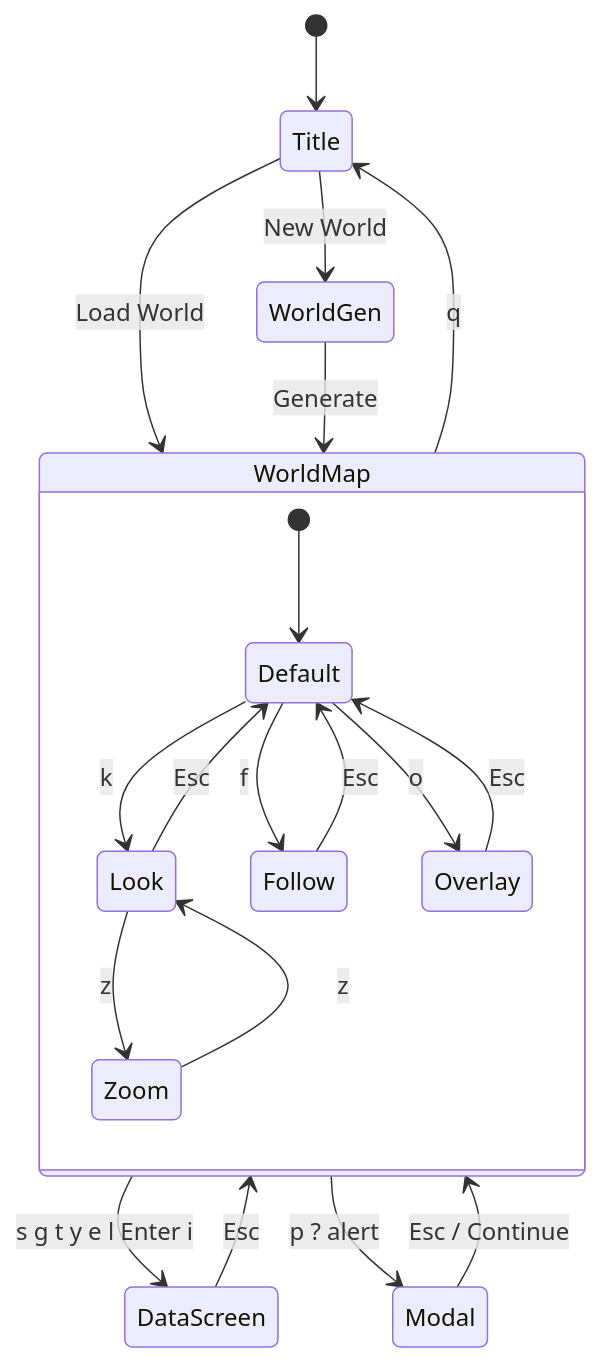
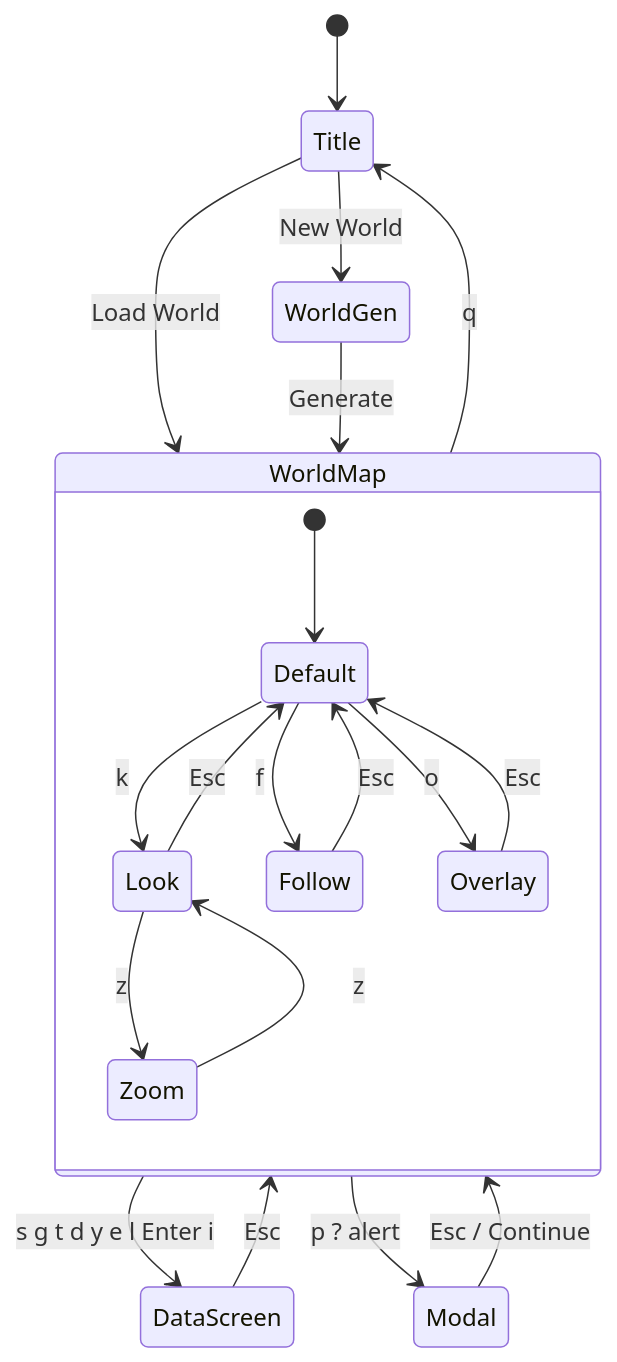
One commit to sbayer55/sim-fortress changed the second of 2 diagrams in docs/screens/README.md. Above: the diagram before and after it, drawn with Mermaid. The commit also changed other lines of this file and 4 other files, not shown here.

````diff
--- a/docs/screens/README.md
+++ b/docs/screens/README.md
@@ -132,23 +138,23 @@
 ```mermaid
 stateDiagram-v2
     [*] --> Title
     Title --> WorldGen : New World
     Title --> WorldMap : Load World
     WorldGen --> WorldMap : Generate
     state WorldMap {
         [*] --> Default
         Default --> Look : k
         Look --> Default : Esc
         Default --> Follow : f
         Follow --> Default : Esc
         Default --> Overlay : o
         Overlay --> Default : Esc
         Look --> Zoom : z
         Zoom --> Look : z
     }
-    WorldMap --> DataScreen : s g t y e l Enter i
+    WorldMap --> DataScreen : s g t d y e l Enter i
     DataScreen --> WorldMap : Esc
     WorldMap --> Modal : p ? alert
     Modal --> WorldMap : Esc / Continue
     WorldMap --> Title : q
 ```
````
